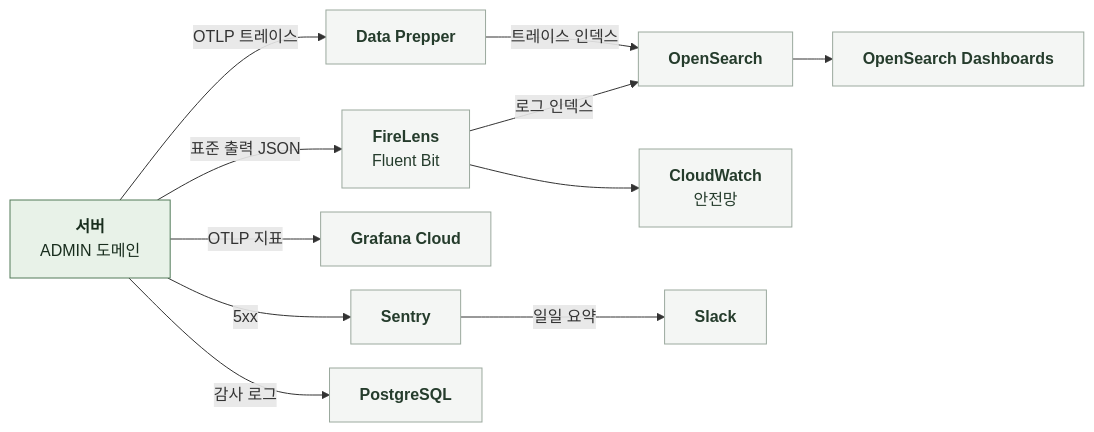
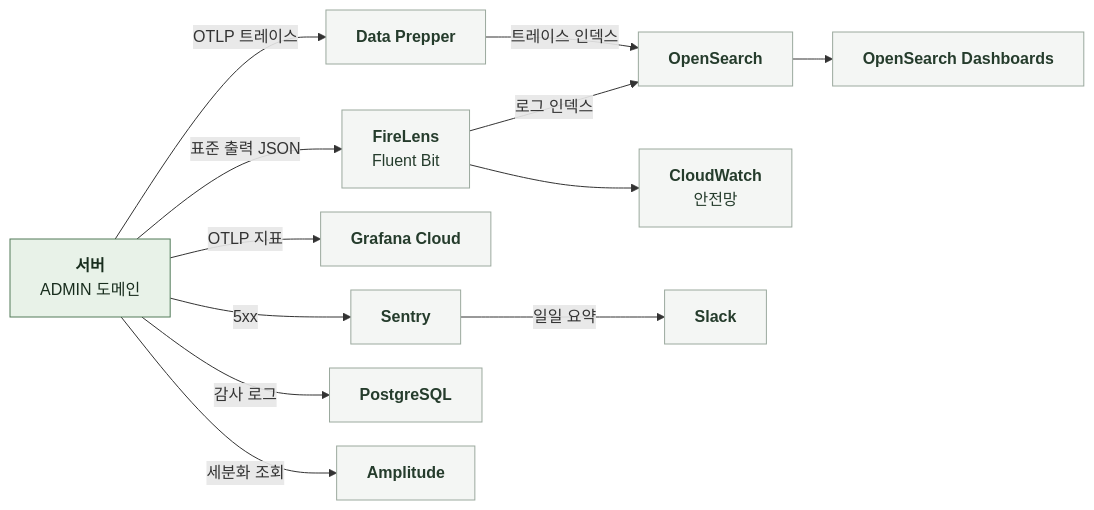
The diagram in docs/domain/ADMIN/BACKEND/5-4-OBSERVABILITY.md (KIM-N-KANG/knk-harness), drawn with Mermaid before and after one commit. The commit also changed other lines of this file and 11 other files, not shown here.

````diff
--- a/docs/domain/ADMIN/BACKEND/5-4-OBSERVABILITY.md
+++ b/docs/domain/ADMIN/BACKEND/5-4-OBSERVABILITY.md
@@ -11,22 +11,23 @@
 ```mermaid
 %%{init: {"flowchart": {"curve": "basis", "nodeSpacing": 24, "rankSpacing": 40}}}%%
 flowchart LR
     S["`**서버**
 ADMIN 도메인`"]
     S -->|표준 출력 JSON| F["`**FireLens**
 Fluent Bit`"]
     F -->|로그 인덱스| OS["`**OpenSearch**`"]
     F --> CW["`**CloudWatch**
 안전망`"]
     S -->|OTLP 트레이스| DP["`**Data Prepper**`"]
     DP -->|트레이스 인덱스| OS
     OS --> OD["`**OpenSearch Dashboards**`"]
     S -->|OTLP 지표| G["`**Grafana Cloud**`"]
     S -->|5xx| SE["`**Sentry**`"]
     SE -->|일일 요약| SL["`**Slack**`"]
     S -->|감사 로그| DB["`**PostgreSQL**`"]
+    S -->|세분화 조회| AM["`**Amplitude**`"]
     classDef comp fill:#E8F2E8,stroke:#527A59,color:#182D1D
     classDef ext fill:#F4F6F4,stroke:#9BA99E,color:#253C2C
     class S comp
-    class F,OS,CW,DP,OD,G,SE,SL,DB ext
+    class F,OS,CW,DP,OD,G,SE,SL,DB,AM ext
 ```
````
